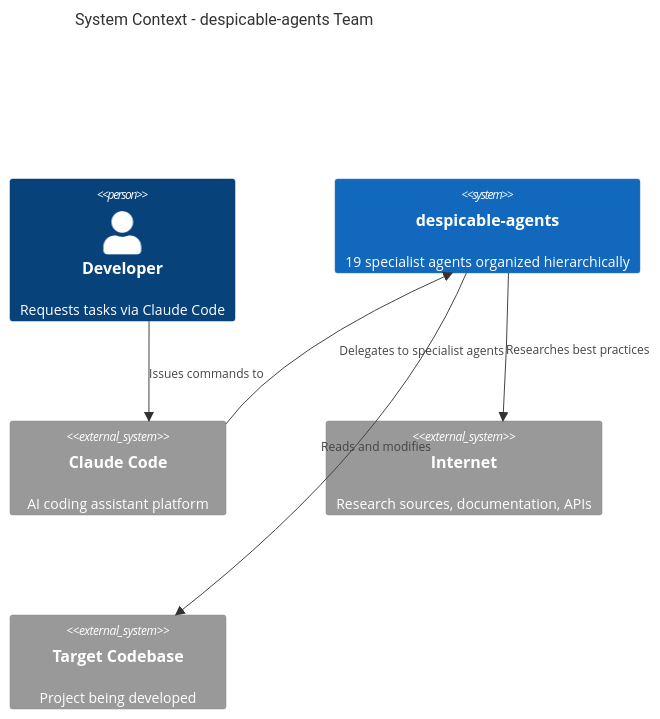
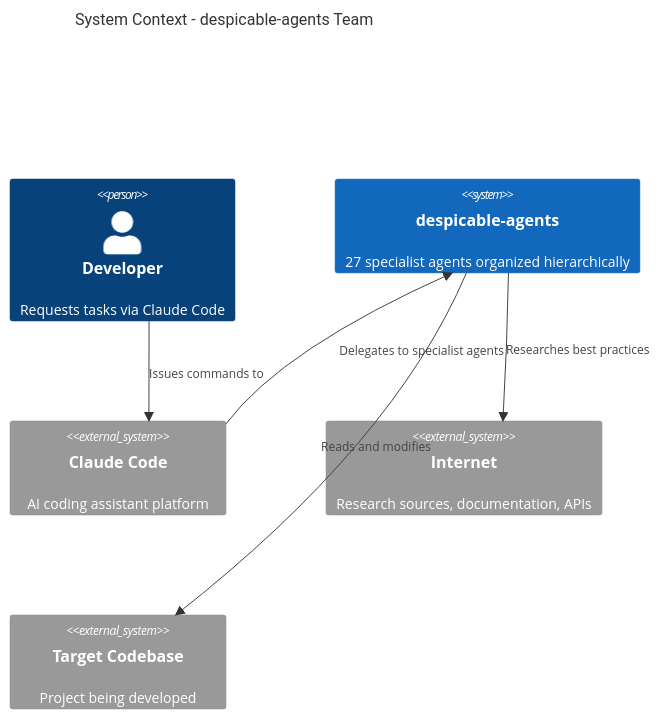
Before and after one commit to benpeter/despicable-agents: the first of 2 diagrams in docs/architecture.md, drawn with Mermaid. The commit also changed other lines of this file and 31 other files, not shown here.

````diff
--- a/docs/architecture.md
+++ b/docs/architecture.md
@@ -16,18 +16,18 @@
 ```mermaid
 C4Context
     title System Context - despicable-agents Team
 
     Person(user, "Developer", "Requests tasks via Claude Code")
-    System(agents, "despicable-agents", "19 specialist agents organized hierarchically")
+    System(agents, "despicable-agents", "27 specialist agents organized hierarchically")
 
     System_Ext(claudecode, "Claude Code", "AI coding assistant platform")
     System_Ext(internet, "Internet", "Research sources, documentation, APIs")
     System_Ext(codebase, "Target Codebase", "Project being developed")
 
     Rel(user, claudecode, "Issues commands to")
     Rel(claudecode, agents, "Delegates to specialist agents")
     Rel(agents, internet, "Researches best practices")
     Rel(agents, codebase, "Reads and modifies")
 
     UpdateLayoutConfig($c4ShapeInRow="2", $c4BoundaryInRow="1")
 ```
````
